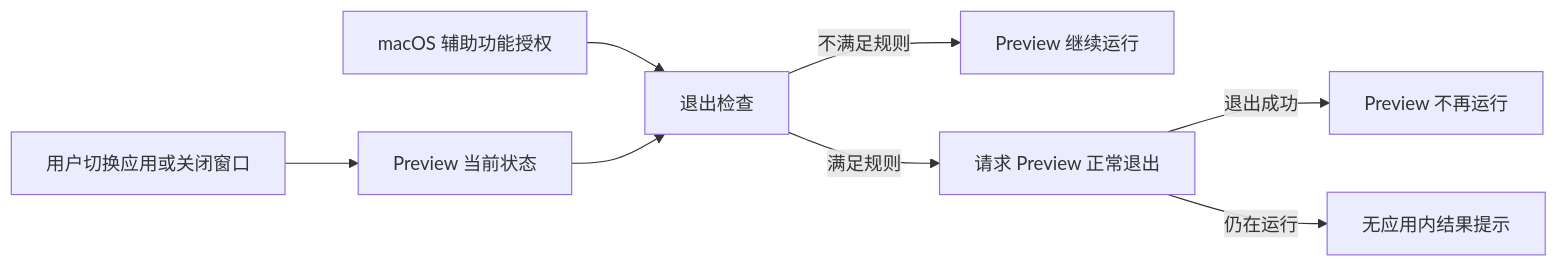
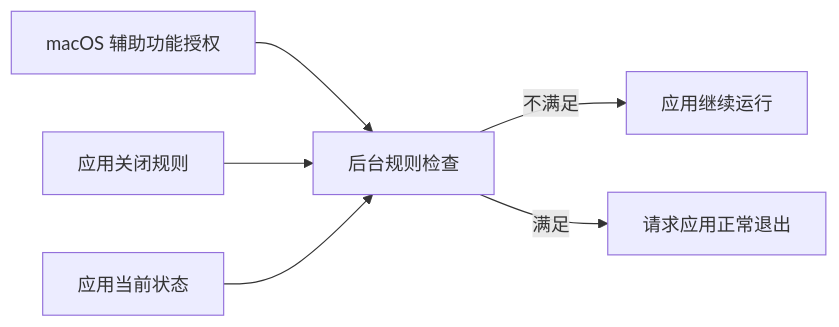
The diagram in docs/feat/data-flows.md (AFutureD/AutoQuit), drawn with Mermaid before and after one commit. The commit also changed other lines of this file and 21 other files, not shown here.

````diff
--- a/docs/feat/data-flows.md
+++ b/docs/feat/data-flows.md
@@ -7,10 +7,8 @@
 ```mermaid
 flowchart LR
-    A["macOS 辅助功能授权"] --> D["退出检查"]
-    B["用户切换应用或关闭窗口"] --> C["Preview 当前状态"]
-    C --> D
-    D -->|"不满足规则"| E["Preview 继续运行"]
-    D -->|"满足规则"| F["请求 Preview 正常退出"]
-    F -->|"退出成功"| G["Preview 不再运行"]
-    F -->|"仍在运行"| H["无应用内结果提示"]
+    A["macOS 辅助功能授权"] --> D["后台规则检查"]
+    B["应用关闭规则"] --> D
+    C["应用当前状态"] --> D
+    D -->|"不满足"| E["应用继续运行"]
+    D -->|"满足"| F["请求应用正常退出"]
 ```
````
